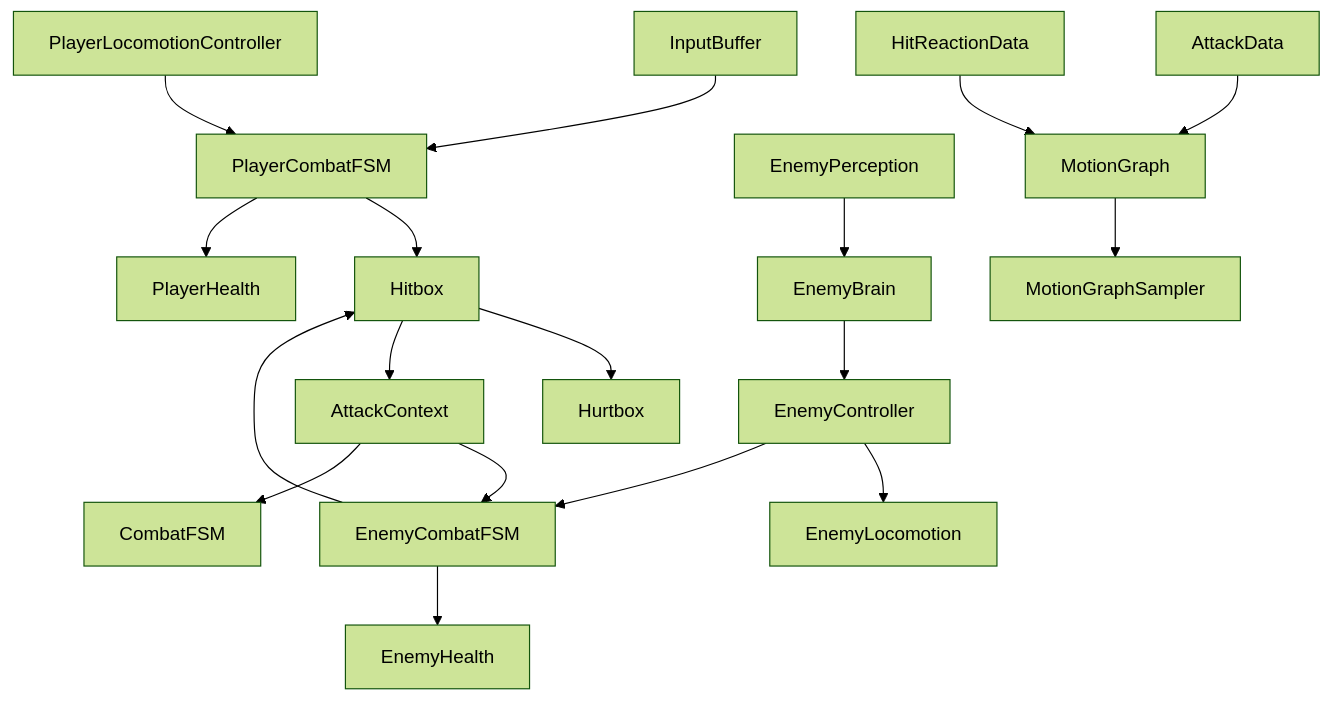
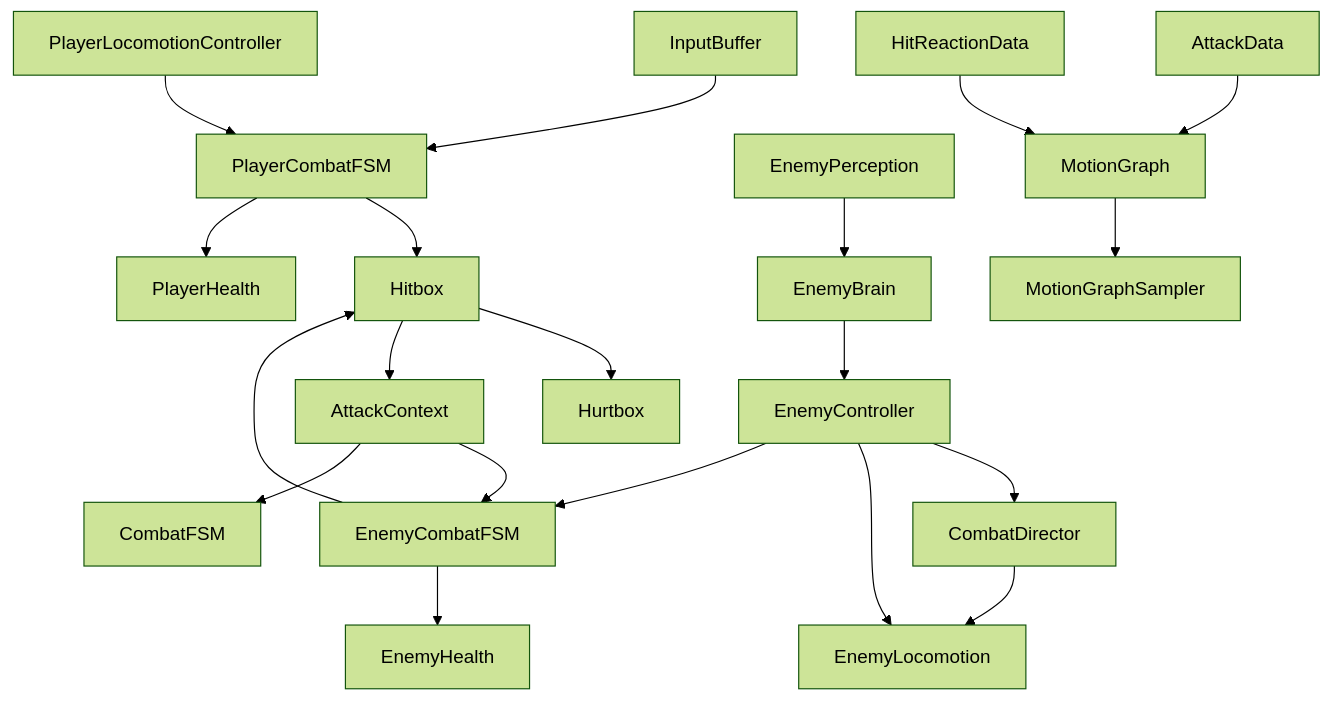
One commit to Rakshit-Ranjan/CombatSystem changed the first of 4 diagrams in Docs/Architecture.md. Above: the diagram before and after it, drawn with Mermaid (forest theme). The commit also changed other lines of this file and 20 other files, not shown here.

````diff
--- a/Docs/Architecture.md
+++ b/Docs/Architecture.md
@@ -121,20 +123,22 @@
 ```mermaid
 graph TD
     InputBuffer --> PlayerCombatFSM
     PlayerLocomotionController --> PlayerCombatFSM
     PlayerCombatFSM --> Hitbox
     PlayerCombatFSM --> PlayerHealth
     Hitbox --> Hurtbox
     Hitbox --> AttackContext
     AttackContext --> EnemyCombatFSM
     AttackContext --> CombatFSM
     EnemyPerception --> EnemyBrain
     EnemyBrain --> EnemyController
+    EnemyController --> CombatDirector
+    CombatDirector --> EnemyLocomotion
     EnemyController --> EnemyLocomotion
     EnemyController --> EnemyCombatFSM
     EnemyCombatFSM --> Hitbox
     EnemyCombatFSM --> EnemyHealth
     MotionGraph --> MotionGraphSampler
     AttackData --> MotionGraph
     HitReactionData --> MotionGraph
 ```
````
